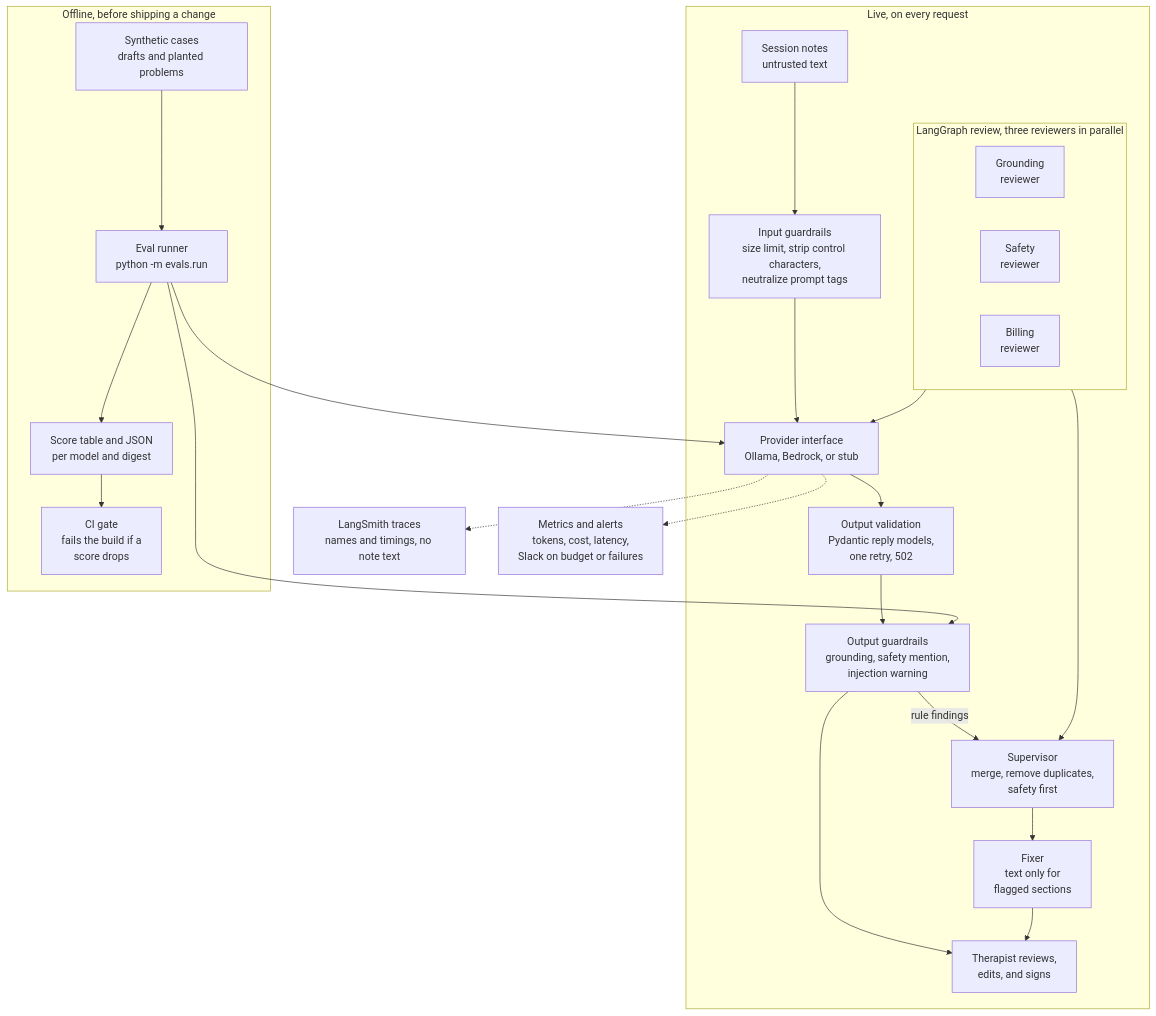
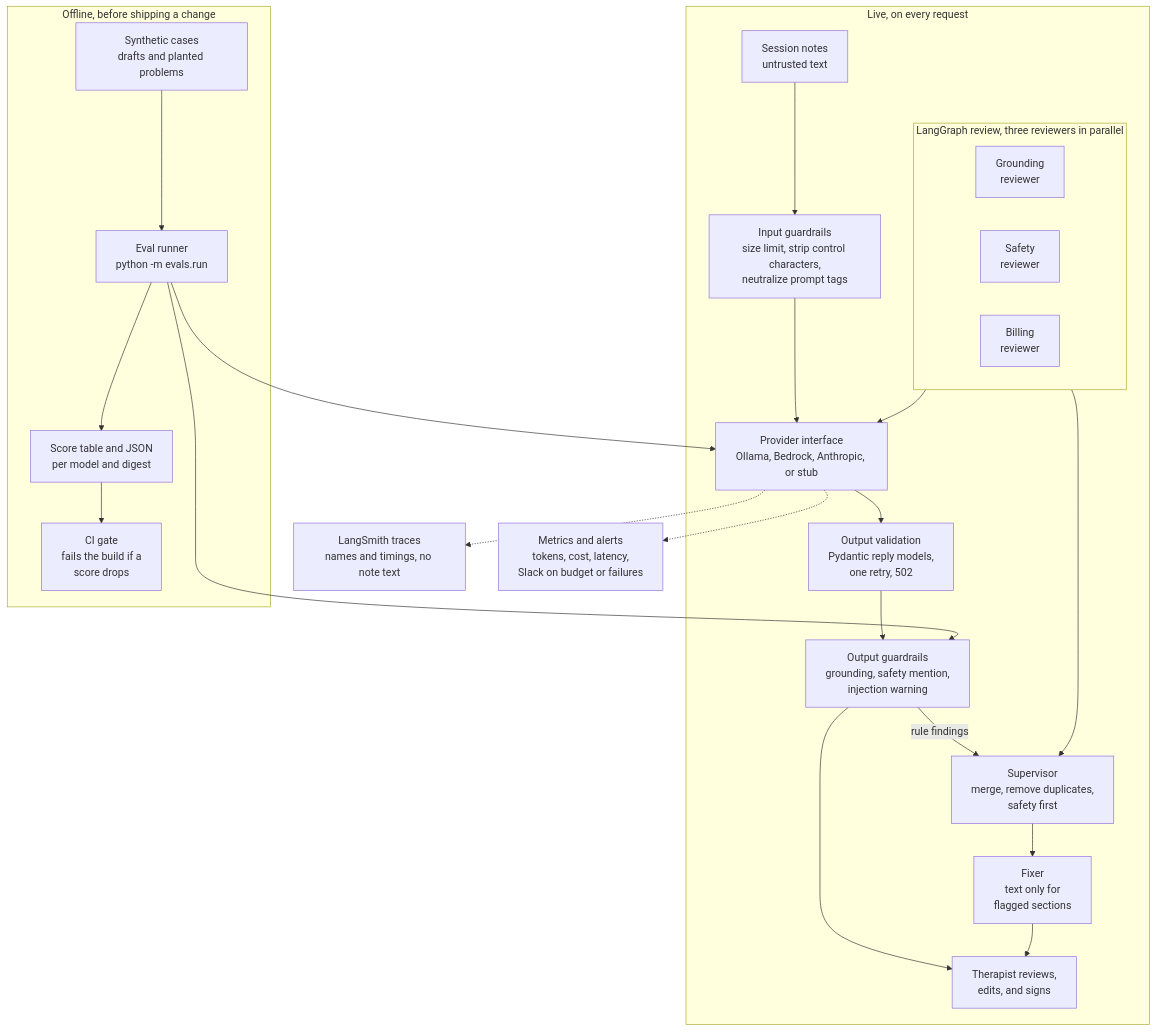
Before and after one commit to ckwan/note_loop: the second of 4 diagrams in README.md, drawn with Mermaid. The commit also changed other lines of this file and 16 other files, not shown here.

````diff
--- a/README.md
+++ b/README.md
@@ -92,29 +88,29 @@
 ```mermaid
 flowchart TB
     subgraph Live["Live, on every request"]
         IN["Session notes<br/>untrusted text"] --> G1["Input guardrails<br/>size limit, strip control characters,<br/>neutralize prompt tags"]
-        G1 --> P["Provider interface<br/>Ollama, Bedrock, or stub"]
+        G1 --> P["Provider interface<br/>Ollama, Bedrock, Anthropic, or stub"]
         P --> V["Output validation<br/>Pydantic reply models,<br/>one retry, 502"]
         V --> G2["Output guardrails<br/>grounding, safety mention,<br/>injection warning"]
         G2 --> H["Therapist reviews,<br/>edits, and signs"]
         subgraph RV["LangGraph review, three reviewers in parallel"]
             R1["Grounding<br/>reviewer"]
             R2["Safety<br/>reviewer"]
             R3["Billing<br/>reviewer"]
         end
         RV --> P
         RV --> SUP["Supervisor<br/>merge, remove duplicates,<br/>safety first"]
         G2 -->|"rule findings"| SUP
         SUP --> FX["Fixer<br/>text only for<br/>flagged sections"]
         FX --> H
     end
     P -.-> LS["LangSmith traces<br/>names and timings, no note text"]
     P -.-> OBS["Metrics and alerts<br/>tokens, cost, latency,<br/>Slack on budget or failures"]
     subgraph Offline["Offline, before shipping a change"]
         C["Synthetic cases<br/>drafts and planted problems"] --> E["Eval runner<br/>python -m evals.run"]
         E --> P
         E --> G2
         E --> T["Score table and JSON<br/>per model and digest"]
         T --> CI["CI gate<br/>fails the build if a<br/>score drops"]
     end
 ```
````
